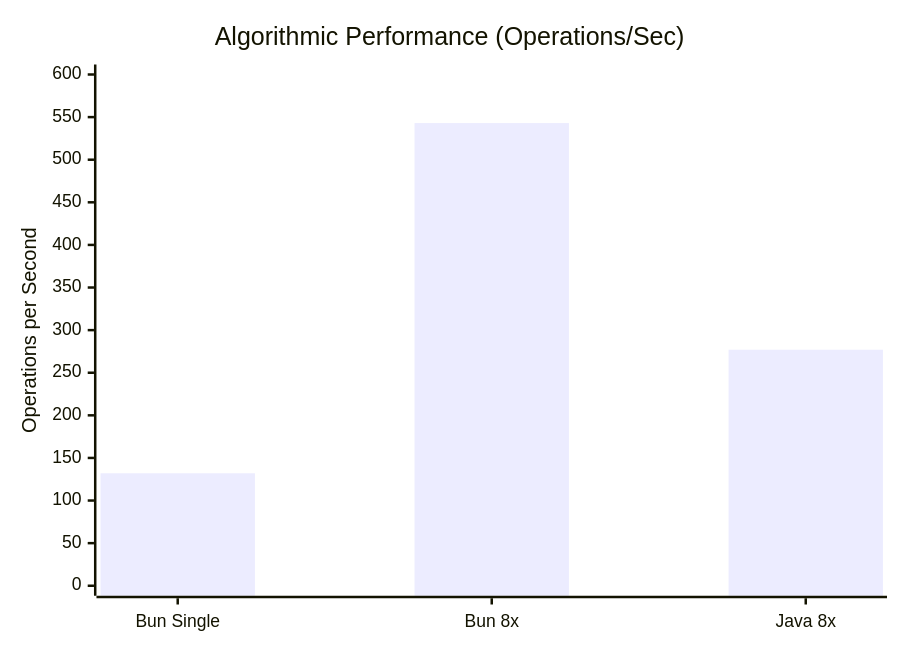
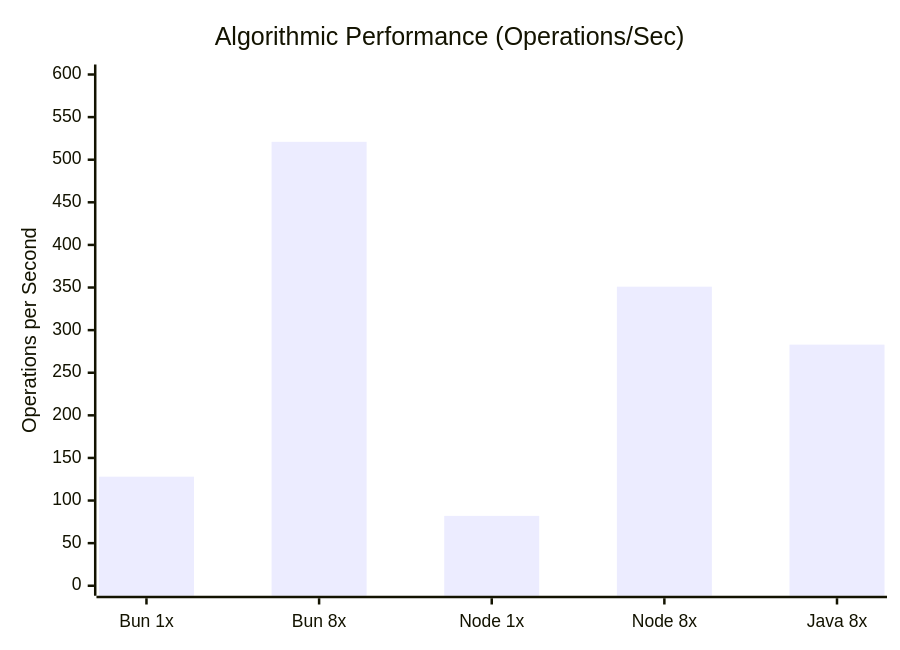
Before and after one commit to Frtrillo/benchmark-nodejs-java-process-mqtt-payloads: the fourth of 5 diagrams in readme.md, drawn with Mermaid. The commit also changed other lines of this file and 1 other file, not shown here.

Commit message:
mejora benchmark añadido node tmb

````diff
--- a/readme.md
+++ b/readme.md
@@ -205,7 +217,7 @@
 ```mermaid
 xychart-beta
     title "Algorithmic Performance (Operations/Sec)"
-    x-axis ["Bun Single", "Bun 8x", "Java 8x"]
+    x-axis ["Bun 1x", "Bun 8x", "Node 1x", "Node 8x", "Java 8x"]
     y-axis "Operations per Second" 0 --> 600
-    bar [132, 543, 277]
+    bar [128, 521, 82, 351, 283]
 ```
````
